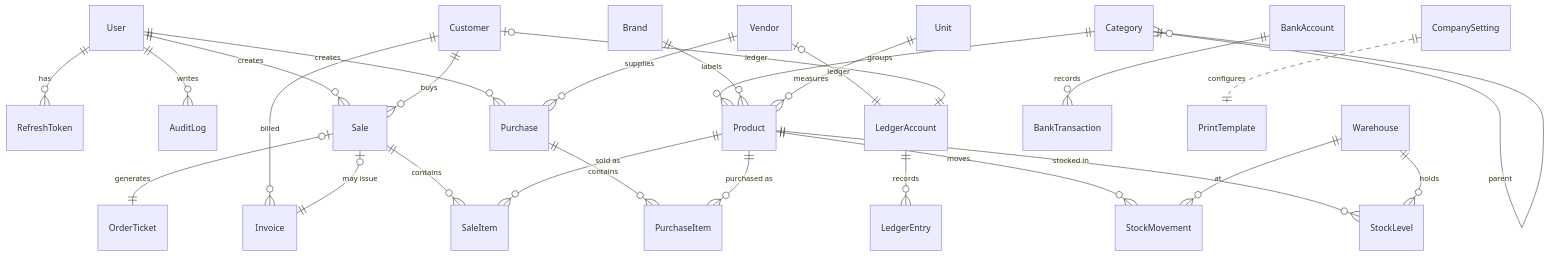
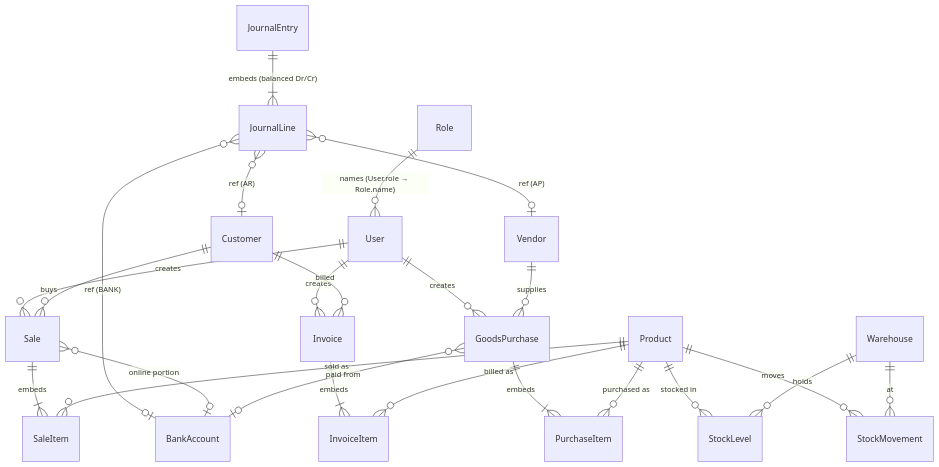
One commit to Dev-Inception/devinception-erp-system changed the diagram in docs/DATABASE.md. Above: the diagram before and after it, drawn with Mermaid. The commit also changed other lines of this file and 11 other files, not shown here.

````diff
--- a/docs/DATABASE.md
+++ b/docs/DATABASE.md
@@ -7,35 +12,31 @@
 ```mermaid
 erDiagram
-  User ||--o{ RefreshToken : has
-  User ||--o{ AuditLog : writes
-  User ||--o{ Sale : creates
-  User ||--o{ Purchase : creates
+  Role     ||--o{ User : "names (User.role → Role.name)"
+  User     ||--o{ Sale : creates
+  User     ||--o{ GoodsPurchase : creates
+  User     ||--o{ Invoice : creates
 
-  Category ||--o{ Product : groups
-  Category ||--o{ Category : parent
-  Brand    ||--o{ Product : labels
-  Unit     ||--o{ Product : measures
-
-  Product ||--o{ StockLevel : "stocked in"
-  Product ||--o{ StockMovement : moves
+  Product   ||--o{ StockLevel : "stocked in"
+  Product   ||--o{ StockMovement : moves
   Warehouse ||--o{ StockLevel : holds
   Warehouse ||--o{ StockMovement : at
 
-  Vendor ||--o{ Purchase : supplies
-  Vendor |o--|| LedgerAccount : "ledger"
-  Purchase ||--o{ PurchaseItem : contains
-  Product ||--o{ PurchaseItem : "purchased as"
+  Vendor   ||--o{ GoodsPurchase : supplies
+  GoodsPurchase ||--|{ PurchaseItem : "embeds"
+  Product  ||--o{ PurchaseItem : "purchased as"
 
   Customer ||--o{ Sale : buys
   Customer ||--o{ Invoice : billed
-  Customer |o--|| LedgerAccount : "ledger"
-  Sale ||--o{ SaleItem : contains
-  Product ||--o{ SaleItem : "sold as"
-  Sale |o--|| OrderTicket : "generates"
-  Sale |o--|| Invoice : "may issue"
+  Sale     ||--|{ SaleItem : "embeds"
+  Invoice  ||--|{ InvoiceItem : "embeds"
+  Product  ||--o{ SaleItem : "sold as"
+  Product  ||--o{ InvoiceItem : "billed as"
 
-  LedgerAccount ||--o{ LedgerEntry : records
-  BankAccount ||--o{ BankTransaction : records
+  JournalEntry ||--|{ JournalLine : "embeds (balanced Dr/Cr)"
+  JournalLine  }o--o| Customer : "ref (AR)"
+  JournalLine  }o--o| Vendor : "ref (AP)"
+  JournalLine  }o--o| BankAccount : "ref (BANK)"
 
-  CompanySetting ||..|| PrintTemplate : configures
+  Sale          }o--o| BankAccount : "online portion"
+  GoodsPurchase }o--o| BankAccount : "paid from"
 ```
````
